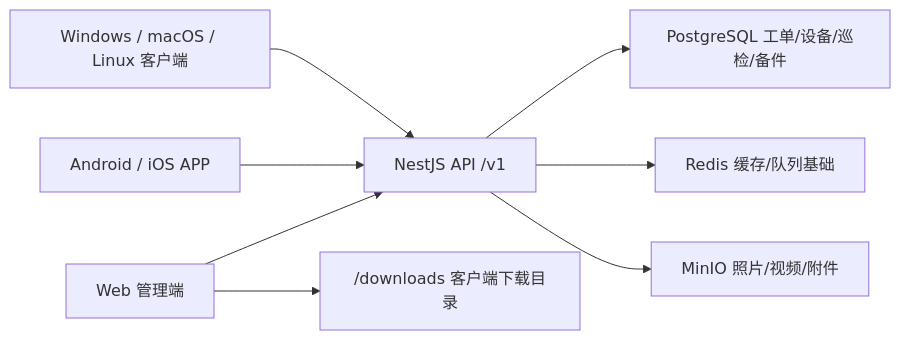
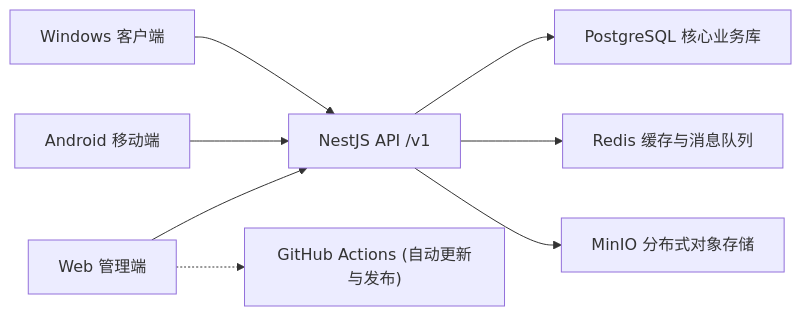
The diagram in README.md (tony-wang1990/W-Light), drawn with Mermaid before and after one commit. The commit also changed other lines of this file, not shown here.

````diff
--- a/README.md
+++ b/README.md
@@ -24,10 +7,10 @@
 ```mermaid
 flowchart LR
   Web["Web 管理端"] --> Api["NestJS API /v1"]
-  Mobile["Android / iOS APP"] --> Api
-  Desktop["Windows / macOS / Linux 客户端"] --> Api
-  Api --> Pg["PostgreSQL 工单/设备/巡检/备件"]
-  Api --> Redis["Redis 缓存/队列基础"]
-  Api --> Minio["MinIO 照片/视频/附件"]
-  Web --> Downloads["/downloads 客户端下载目录"]
+  Mobile["Android 移动端"] --> Api
+  Desktop["Windows 客户端"] --> Api
+  Api --> Pg["PostgreSQL 核心业务库"]
+  Api --> Redis["Redis 缓存与消息队列"]
+  Api --> Minio["MinIO 分布式对象存储"]
+  Web -.-> Github["GitHub Actions (自动更新与发布)"]
 ```
````
